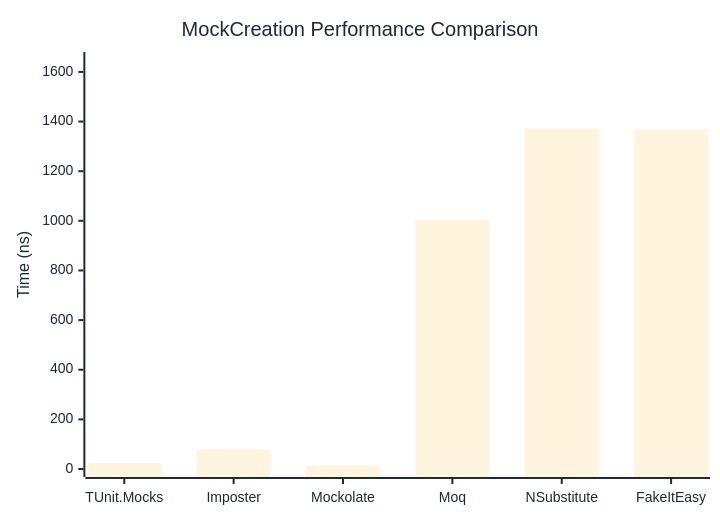
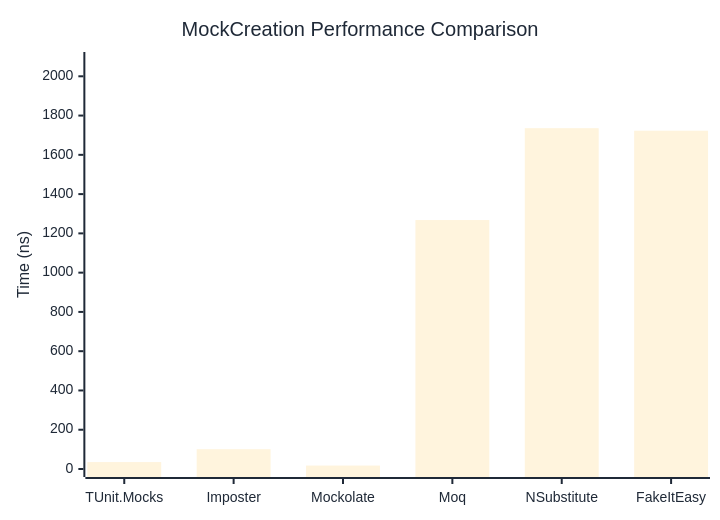
Before and after one commit to thomhurst/TUnit: the first of 2 diagrams in docs/docs/benchmarks/mocks/MockCreation.md, drawn with Mermaid. The commit also changed other lines of this file and 14 other files, not shown here.

````diff
--- a/docs/docs/benchmarks/mocks/MockCreation.md
+++ b/docs/docs/benchmarks/mocks/MockCreation.md
@@ -30,27 +30,27 @@
 ```mermaid
 %%{init: {
   'theme':'base',
   'themeVariables': {
     'primaryColor': '#2563eb',
     'primaryTextColor': '#1f2937',
     'primaryBorderColor': '#1e40af',
     'lineColor': '#6b7280',
     'secondaryColor': '#7c3aed',
     'tertiaryColor': '#dc2626',
     'background': '#ffffff',
     'pie1': '#2563eb',
     'pie2': '#7c3aed',
     'pie3': '#dc2626',
     'pie4': '#f59e0b',
     'pie5': '#10b981',
     'pie6': '#06b6d4',
     'pie7': '#ec4899',
     'pie8': '#6366f1'
   }
 }}%%
 xychart-beta
   title "MockCreation Performance Comparison"
   x-axis ["TUnit.Mocks", "Imposter", "Mockolate", "Moq", "NSubstitute", "FakeItEasy"]
-  y-axis "Time (ns)" 0 --> 1648
-  bar [22.96, 78.09, 14.05, 1004.87, 1372.68, 1368.1]
+  y-axis "Time (ns)" 0 --> 2083
+  bar [35.33, 100.93, 17.51, 1267.86, 1735.81, 1722.9]
 ```
````
